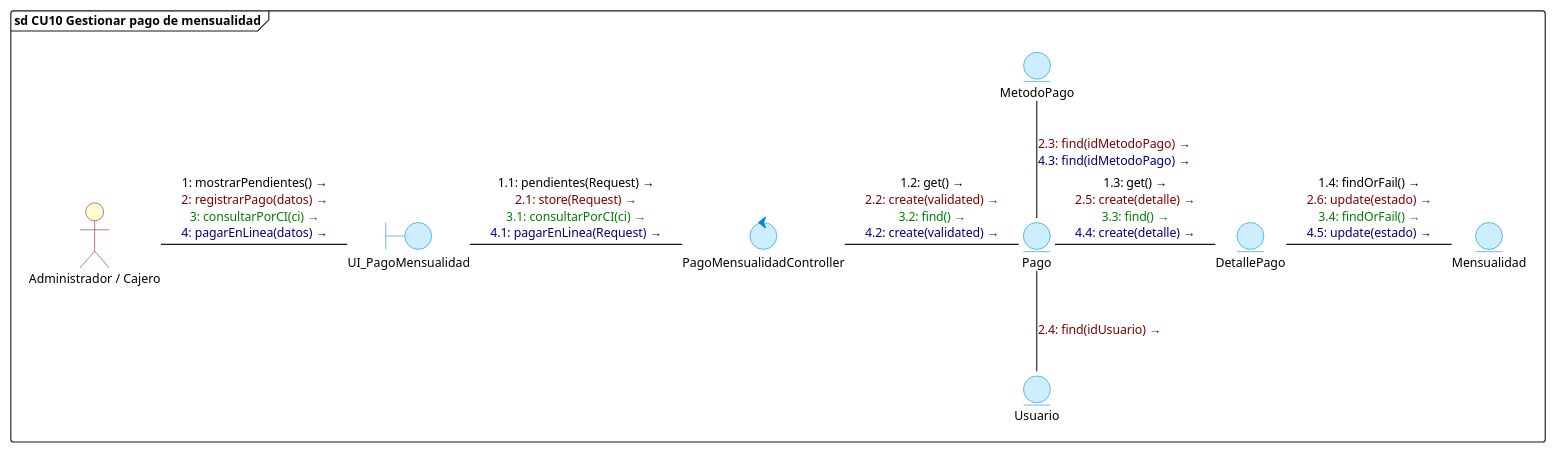
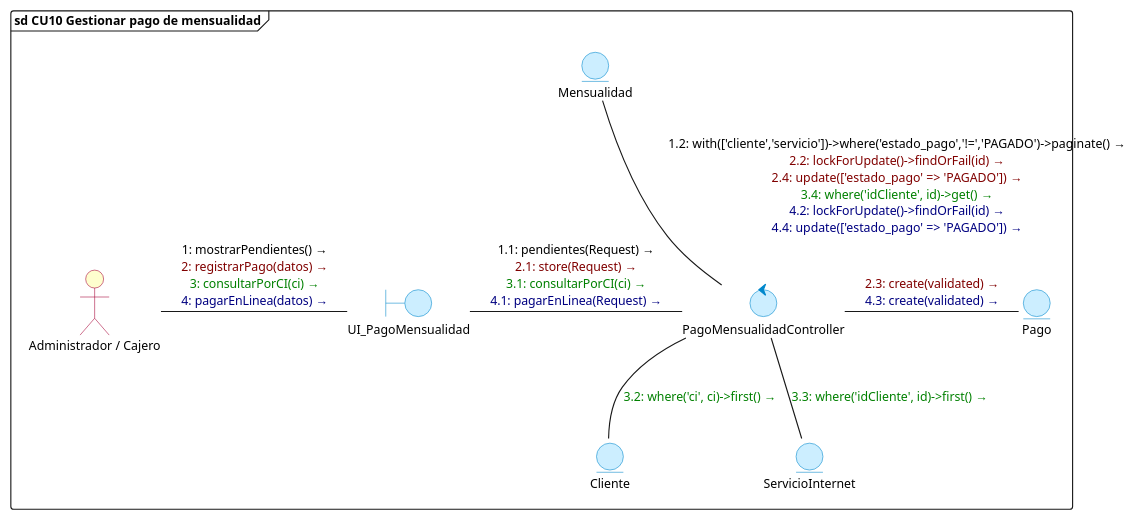
One commit to DiogoMars777/TELCOM-2.0 changed the tenth of 17 diagrams in diagramas/comunicacion/diagramas_comunicacion_todos_cu.puml. Above: the diagram before and after it, drawn with PlantUML. The commit also changed 1 other file, not shown here.

Commit message:
docs: actualizar diagrama de comunicacion CU10 conectando los models directos del controlador (Pago, Mensualidad, Cliente, ServicioInternet)

```diff
--- a/diagramas/comunicacion/diagramas_comunicacion_todos_cu.puml
+++ b/diagramas/comunicacion/diagramas_comunicacion_todos_cu.puml
@@ -294,43 +294,40 @@
 @startuml cu10_gestionar_pago_mensualidad
 skinparam backgroundColor white
 skinparam defaultFontName "Segoe UI"
 skinparam defaultFontSize 11
 skinparam interfaceBackgroundColor transparent
 skinparam interfaceBorderColor transparent
 skinparam actorBackgroundColor #FEFECE
 skinparam actorBorderColor #A80036
 skinparam boundaryBackgroundColor #CCEEFF
 skinparam boundaryBorderColor #0088CC
 skinparam controlBackgroundColor #CCEEFF
 skinparam controlBorderColor #0088CC
 skinparam entityBackgroundColor #CCEEFF
 skinparam entityBorderColor #0088CC
 
 frame "sd CU10 Gestionar pago de mensualidad" {
     () " " as spacer
     actor "Administrador / Cajero" as Cajero
     boundary UI_PagoMensualidad
     control PagoMensualidadController
-    entity MetodoPago
+    entity Mensualidad
     entity Pago
-    entity Usuario
-    entity DetallePago
-    entity Mensualidad
+    entity Cliente
+    entity ServicioInternet
 
     spacer -[hidden]down- Cajero
 
     Cajero -right- UI_PagoMensualidad : <font color=#000000>1: mostrarPendientes() →</font>\n<font color=#800000>2: registrarPago(datos) →</font>\n<font color=#008000>3: consultarPorCI(ci) →</font>\n<font color=#000080>4: pagarEnLinea(datos) →</font>
 
     UI_PagoMensualidad -right- PagoMensualidadController : <font color=#000000>1.1: pendientes(Request) →</font>\n<font color=#800000>2.1: store(Request) →</font>\n<font color=#008000>3.1: consultarPorCI(ci) →</font>\n<font color=#000080>4.1: pagarEnLinea(Request) →</font>
 
-    PagoMensualidadController -right- Pago : <font color=#000000>1.2: get() →</font>\n<font color=#800000>2.2: create(validated) →</font>\n<font color=#008000>3.2: find() →</font>\n<font color=#000080>4.2: create(validated) →</font>
+    PagoMensualidadController -up- Mensualidad : <font color=#000000>1.2: with(['cliente','servicio'])->where('estado_pago','!=','PAGADO')->paginate() →</font>\n<font color=#800000>2.2: lockForUpdate()->findOrFail(id) →</font>\n<font color=#800000>2.4: update(['estado_pago' => 'PAGADO']) →</font>\n<font color=#008000>3.4: where('idCliente', id)->get() →</font>\n<font color=#000080>4.2: lockForUpdate()->findOrFail(id) →</font>\n<font color=#000080>4.4: update(['estado_pago' => 'PAGADO']) →</font>
 
-    Pago -up- MetodoPago : <font color=#800000>2.3: find(idMetodoPago) →</font>\n<font color=#000080>4.3: find(idMetodoPago) →</font>
+    PagoMensualidadController -right- Pago : <font color=#800000>2.3: create(validated) →</font>\n<font color=#000080>4.3: create(validated) →</font>
 
-    Pago -down- Usuario : <font color=#800000>2.4: find(idUsuario) →</font>
+    PagoMensualidadController -down- Cliente : <font color=#008000>3.2: where('ci', ci)->first() →</font>
 
-    Pago -right- DetallePago : <font color=#000000>1.3: get() →</font>\n<font color=#800000>2.5: create(detalle) →</font>\n<font color=#008000>3.3: find() →</font>\n<font color=#000080>4.4: create(detalle) →</font>
-
-    DetallePago -right- Mensualidad : <font color=#000000>1.4: findOrFail() →</font>\n<font color=#800000>2.6: update(estado) →</font>\n<font color=#008000>3.4: findOrFail() →</font>\n<font color=#000080>4.5: update(estado) →</font>
+    PagoMensualidadController -down- ServicioInternet : <font color=#008000>3.3: where('idCliente', id)->first() →</font>
 }
 @enduml
```
